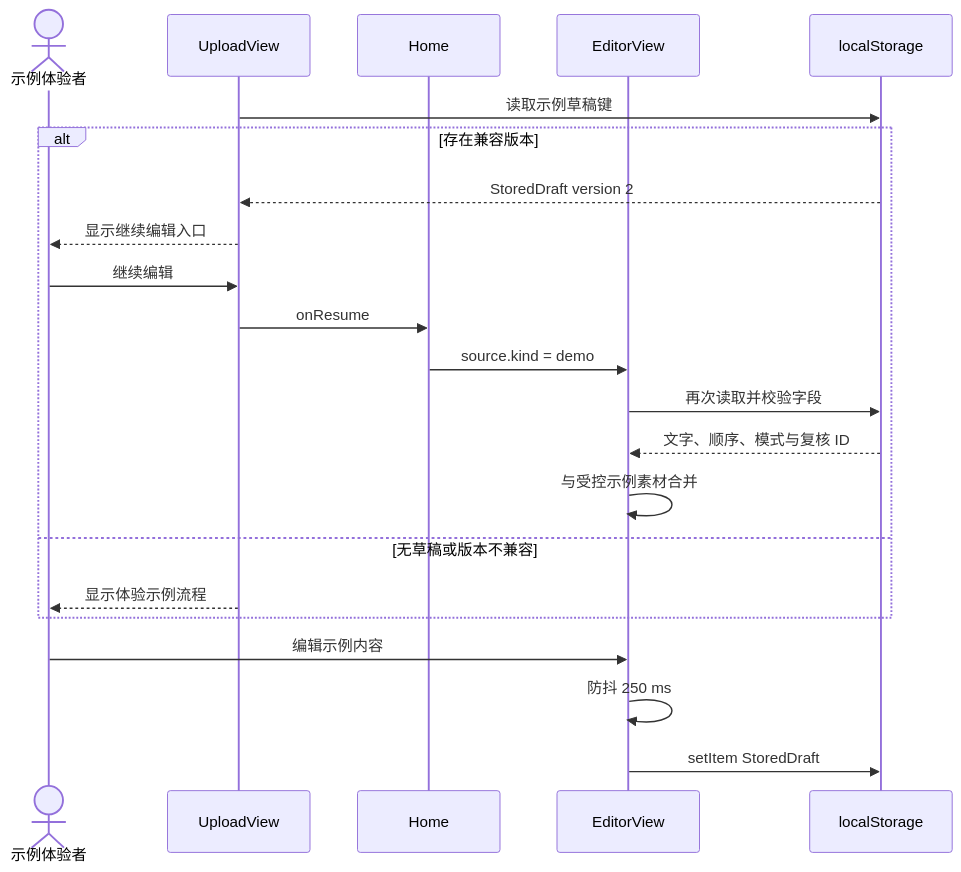
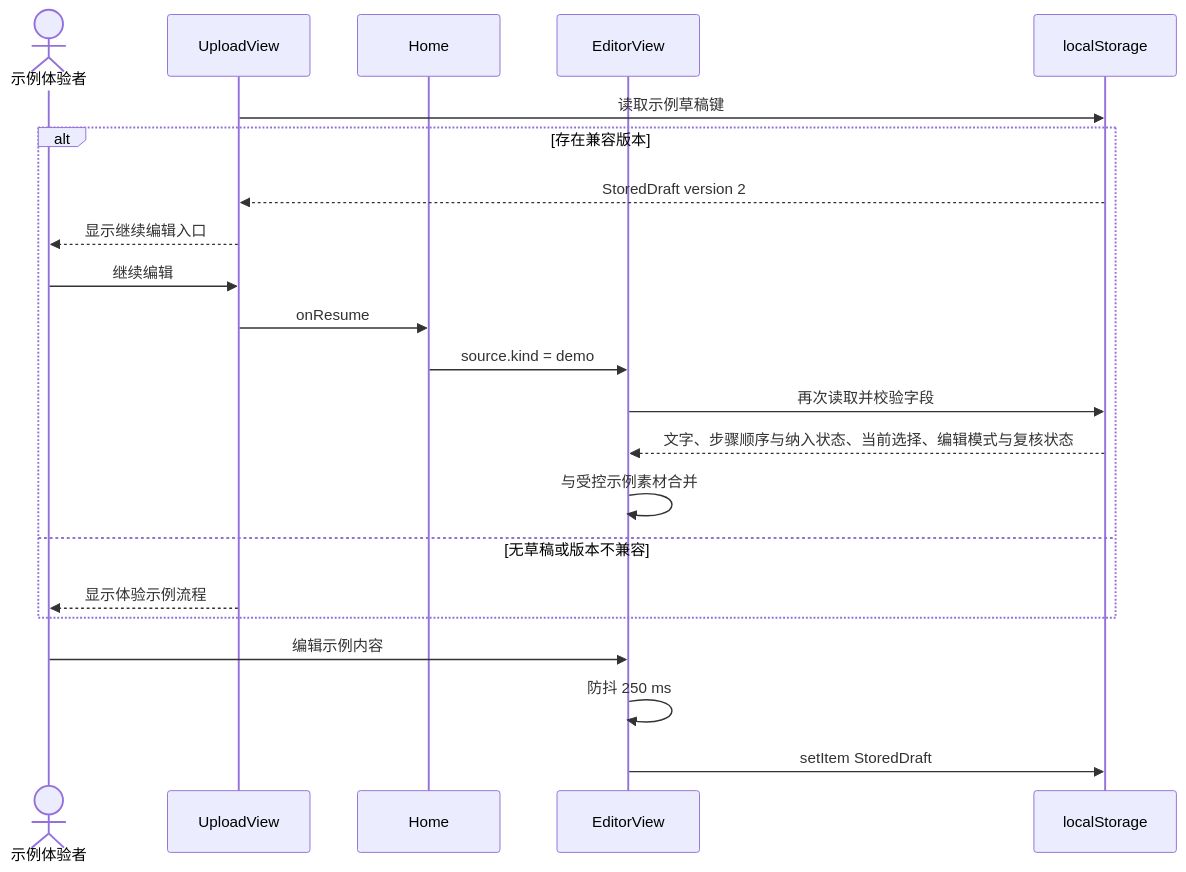
One commit to AnnCYW-cm/recnote changed the fourth of 5 diagrams in docs/uml/04-web-sequences.md. Above: the diagram before and after it, drawn with Mermaid. The commit also changed other lines of this file and 12 other files, not shown here.

Commit message:
docs: 修正产品 UML 决策闭环

````diff
--- a/docs/uml/04-web-sequences.md
+++ b/docs/uml/04-web-sequences.md
@@ -157,26 +163,26 @@
 ```mermaid
 sequenceDiagram
   actor User as 示例体验者
   participant Upload as UploadView
   participant Home
   participant Editor as EditorView
   participant Store as localStorage
 
   Upload->>Store: 读取示例草稿键
   alt 存在兼容版本
     Store-->>Upload: StoredDraft version 2
     Upload-->>User: 显示继续编辑入口
     User->>Upload: 继续编辑
     Upload->>Home: onResume
     Home->>Editor: source.kind = demo
     Editor->>Store: 再次读取并校验字段
-    Store-->>Editor: 文字、顺序、模式与复核 ID
+    Store-->>Editor: 文字、步骤顺序与纳入状态、当前选择、编辑模式与复核状态
     Editor->>Editor: 与受控示例素材合并
   else 无草稿或版本不兼容
     Upload-->>User: 显示体验示例流程
   end
 
   User->>Editor: 编辑示例内容
   Editor->>Editor: 防抖 250 ms
   Editor->>Store: setItem StoredDraft
 ```
````
